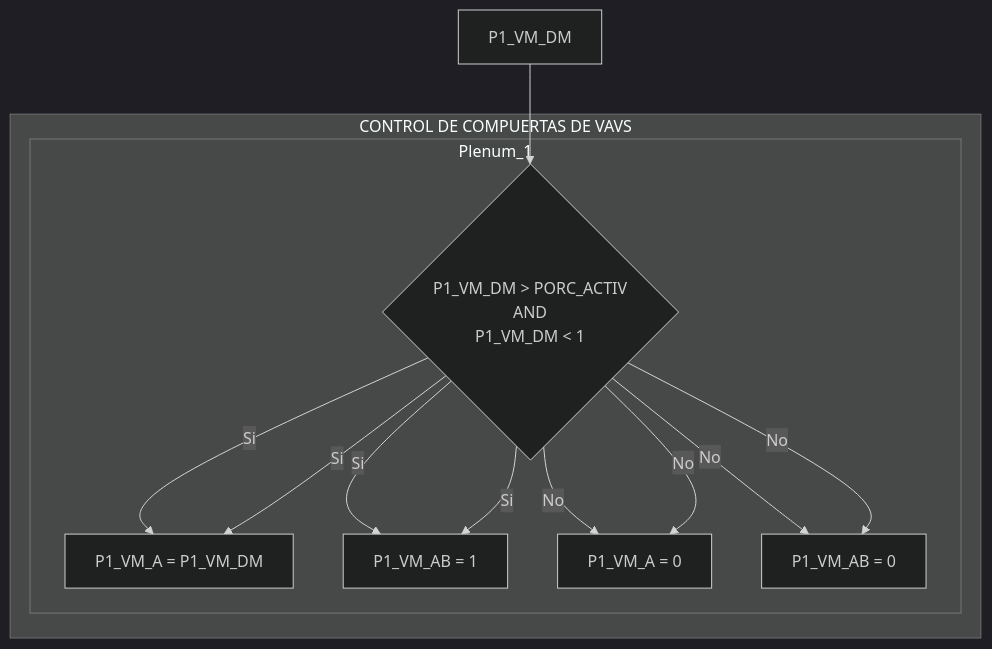
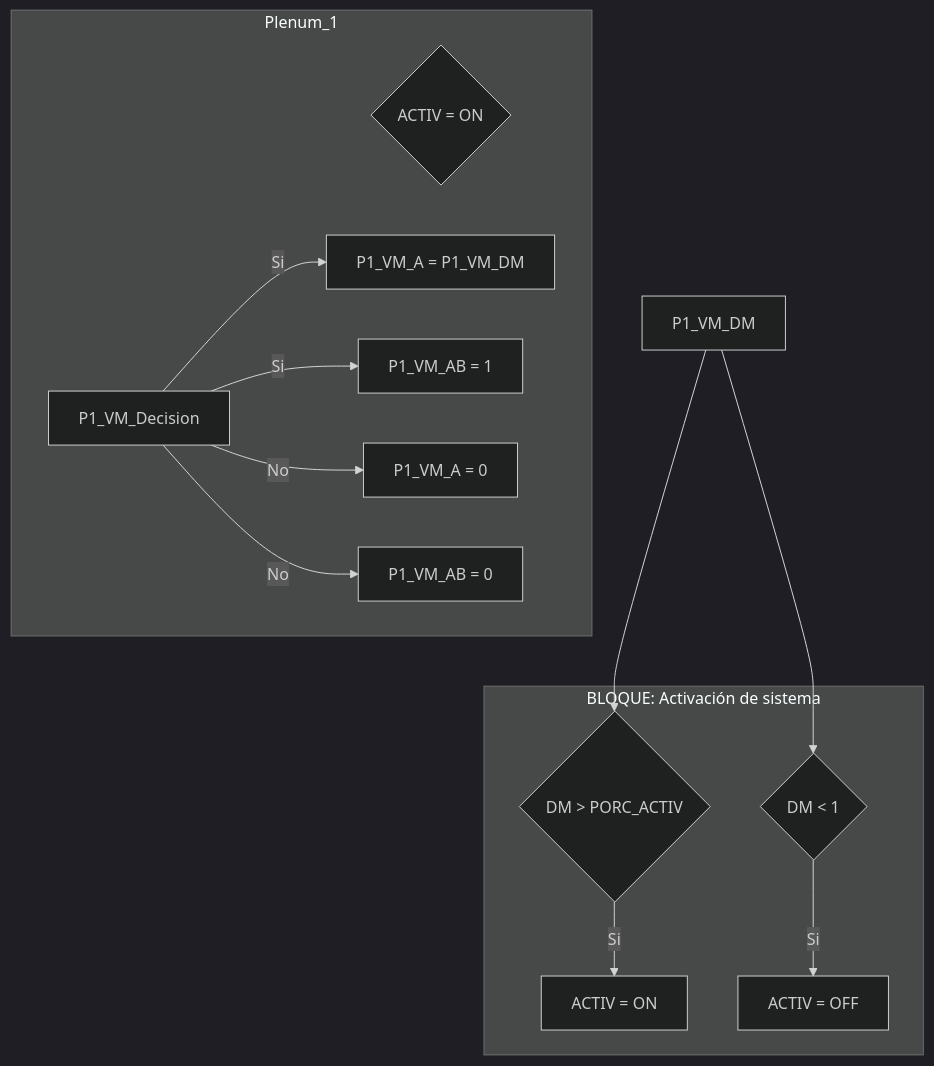
Before and after one commit to cjhirashi/ct-prub-in: the diagram in Cuarto-de-Pruebas/Controlador-1/PRG2/README.md, drawn with Mermaid (dark theme).

Commit message:
Actualización del diagrama de flujo en README.md para mejorar la lógica de activación y desactivación del sistema, simplificando la representación del control de compuertas de VAVs.

````diff
--- a/Cuarto-de-Pruebas/Controlador-1/PRG2/README.md
+++ b/Cuarto-de-Pruebas/Controlador-1/PRG2/README.md
@@ -132,21 +132,21 @@
 ```mermaid
 graph TD
-            P1_VM_DM --> P1_VM_Decision{P1_VM_DM > PORC_ACTIV<br>AND<br>P1_VM_DM < 1};
-    subgraph CONTROL DE COMPUERTAS DE VAVS
-        subgraph Plenum_1
-            P1_VM_Decision -- Si --> P1_VM_SetA[P1_VM_A = P1_VM_DM];
-            P1_VM_Decision -- Si --> P1_VM_SetAB[P1_VM_AB = 1];
-            P1_VM_Decision -- No --> P1_VM_SetA0[P1_VM_A = 0];
-            P1_VM_Decision -- No --> P1_VM_SetAB0[P1_VM_AB = 0];
-           
-        end
-        subgraph Plenum_1
-            P1_VM_Decision -- Si --> P1_VM_SetA[P1_VM_A = P1_VM_DM];
-            P1_VM_Decision -- Si --> P1_VM_SetAB[P1_VM_AB = 1];
-            P1_VM_Decision -- No --> P1_VM_SetA0[P1_VM_A = 0];
-            P1_VM_Decision -- No --> P1_VM_SetAB0[P1_VM_AB = 0];
-           
-        end
+    P1_VM_DM --> ACTIVACION{DM > PORC_ACTIV};
+    P1_VM_DM --> DESACTIVACION{DM < 1};
+    subgraph BLOQUE: Activación de sistema
+        ACTIVACION -- Si --> SetActive[ACTIV = ON]
+        DESACTIVACION -- Si --> SetInactive[ACTIV = OFF]
+        SetActive
+        SetInactive
+    end
+    subgraph Plenum_1
+        CONECTOR{ACTIV = ON}
+        P1_VM_Decision -- Si --> P1_VM_SetA[P1_VM_A = P1_VM_DM];
+        P1_VM_Decision -- Si --> P1_VM_SetAB[P1_VM_AB = 1];
+        P1_VM_Decision -- No --> P1_VM_SetA0[P1_VM_A = 0];
+        P1_VM_Decision -- No --> P1_VM_SetAB0[P1_VM_AB = 0];
+        
+    end
+        
 
-   end
 ```
````
